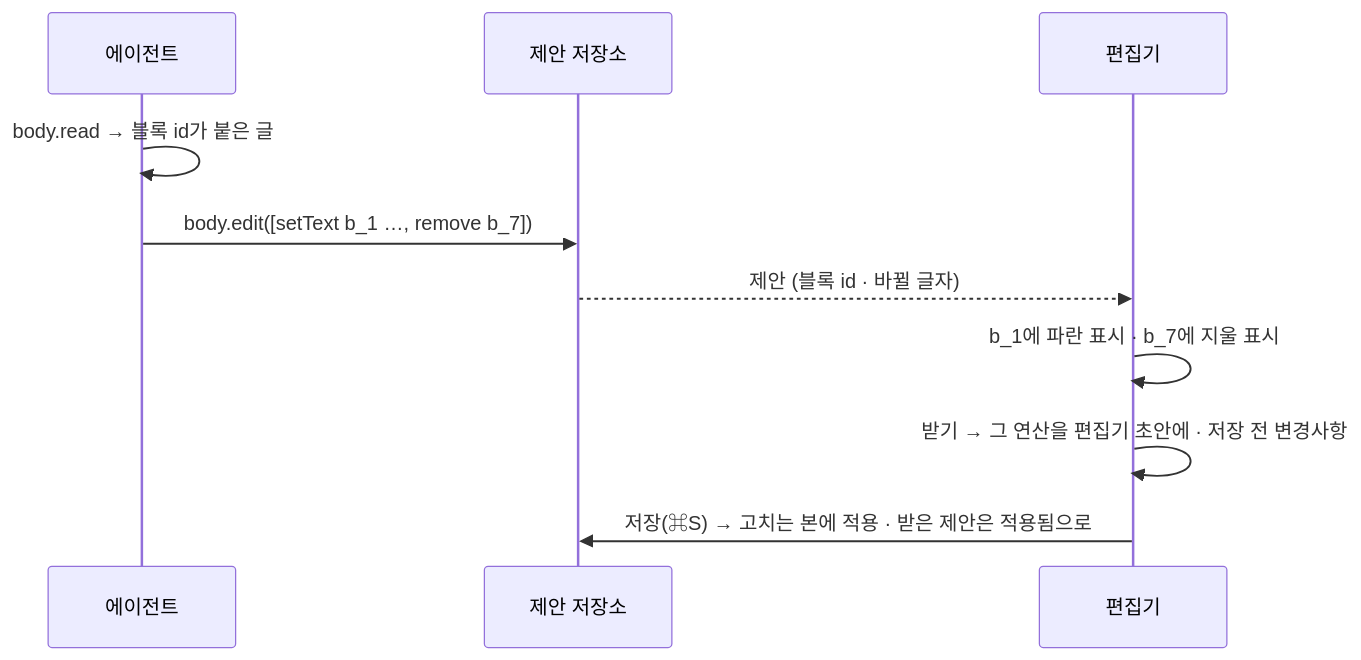
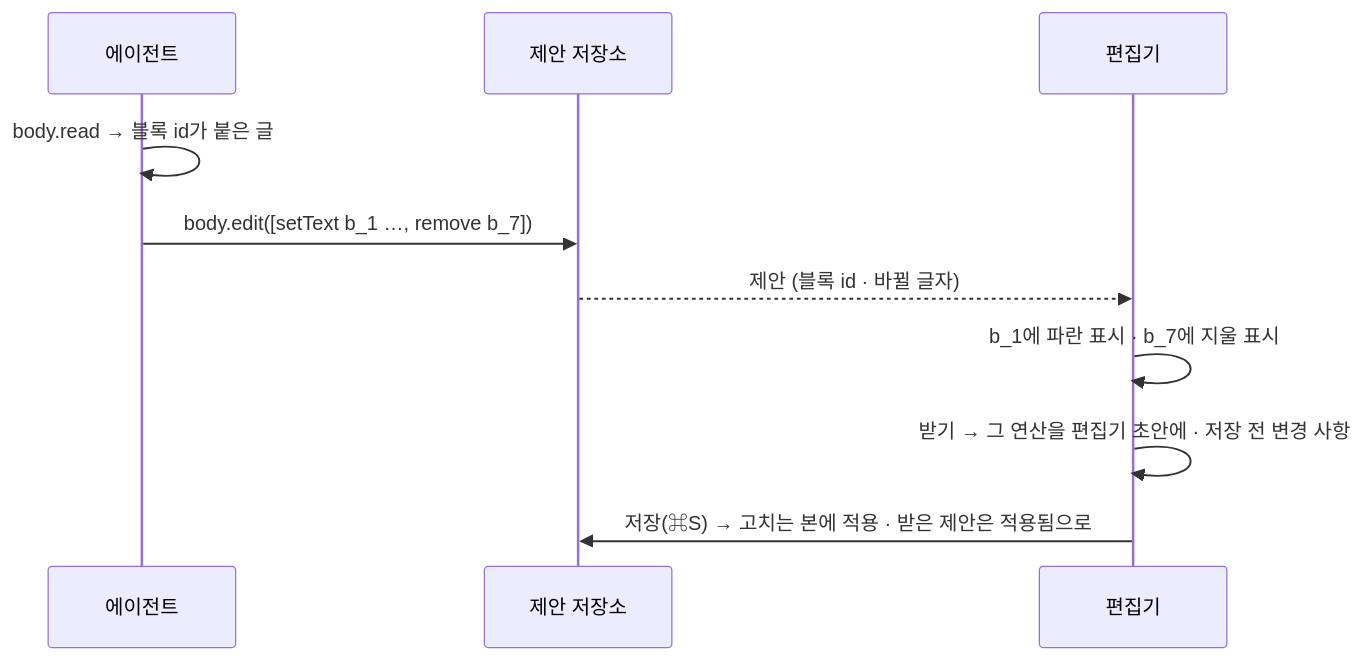
The fourth of 4 diagrams in docs/design/features/03-body-editor.md (monti-cms/monti), drawn with Mermaid before and after one commit. The commit also changed 34 other files, not shown here.

````diff
--- a/docs/design/features/03-body-editor.md
+++ b/docs/design/features/03-body-editor.md
@@ -178,13 +178,13 @@
 ```mermaid
 sequenceDiagram
   participant A as 에이전트
   participant R as 제안 저장소
   participant E as 편집기
 
   A->>A: body.read → 블록 id가 붙은 글
   A->>R: body.edit([setText b_1 …, remove b_7])
   R-->>E: 제안 (블록 id · 바뀔 글자)
   E->>E: b_1에 파란 표시 · b_7에 지울 표시
-  E->>E: 받기 → 그 연산을 편집기 초안에 · 저장 전 변경사항
+  E->>E: 받기 → 그 연산을 편집기 초안에 · 저장 전 변경 사항
   E->>R: 저장(⌘S) → 고치는 본에 적용 · 받은 제안은 적용됨으로
 ```
````
